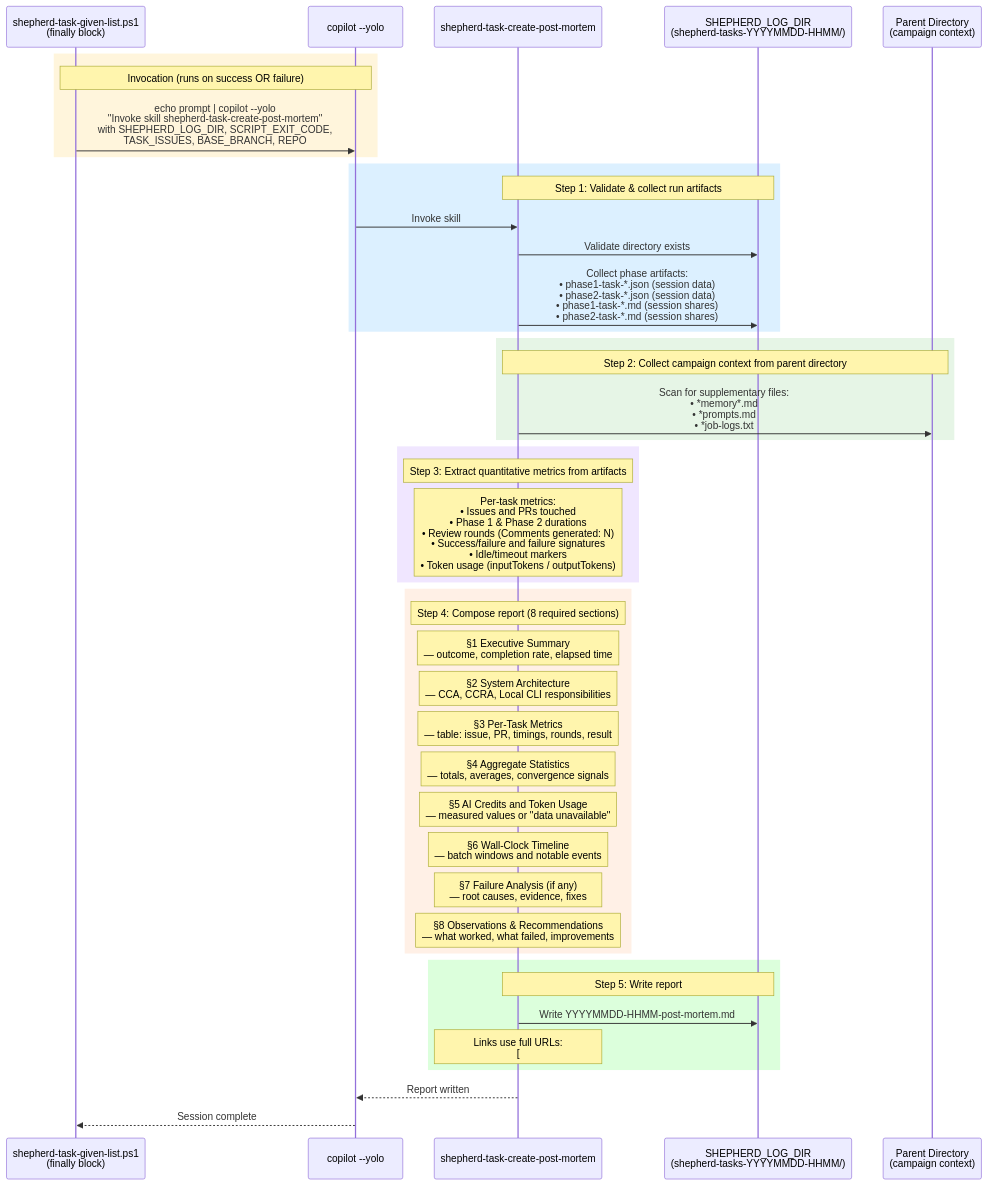
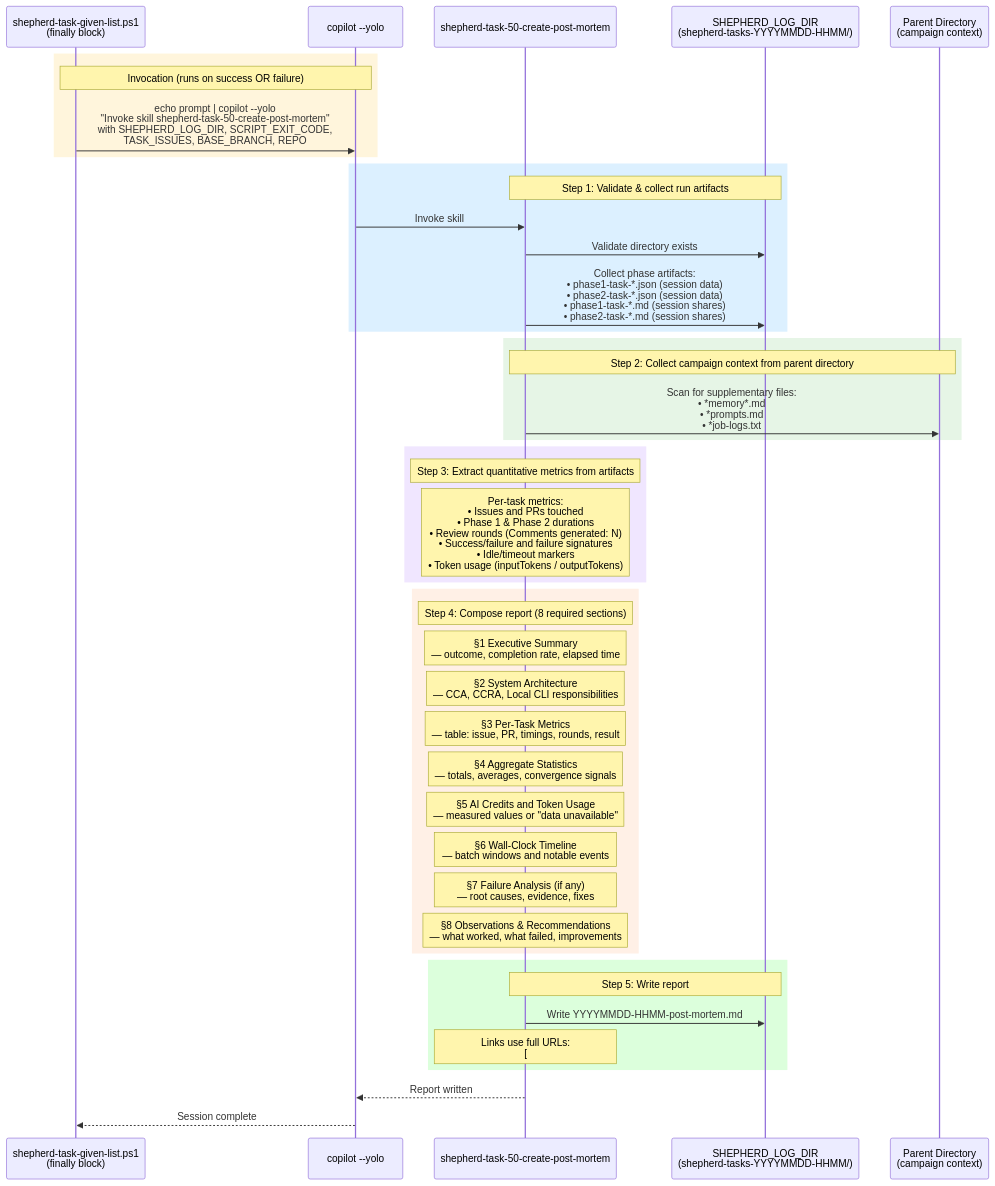
The diagram in plugins/shepherd-task/figure-05-post-mortem.md (github/awesome-copilot), drawn with Mermaid before and after one commit. The commit also changed other lines of this file and 30 other files, not shown here.

````diff
--- a/plugins/shepherd-task/figure-05-post-mortem.md
+++ b/plugins/shepherd-task/figure-05-post-mortem.md
@@ -7,51 +7,51 @@
 ```mermaid
 sequenceDiagram
     participant STGL as shepherd-task-given-list.ps1<br/>(finally block)
     participant Copilot as copilot --yolo
-    participant Skill as shepherd-task-create-post-mortem
+    participant Skill as shepherd-task-50-create-post-mortem
     participant LogDir as SHEPHERD_LOG_DIR<br/>(shepherd-tasks-YYYYMMDD-HHMM/)
     participant ParentDir as Parent Directory<br/>(campaign context)
 
     rect rgb(255, 245, 220)
         Note over STGL,Copilot: Invocation (runs on success OR failure)
-        STGL->>Copilot: echo prompt | copilot --yolo<br/>"Invoke skill shepherd-task-create-post-mortem"<br/>with SHEPHERD_LOG_DIR, SCRIPT_EXIT_CODE,<br/>TASK_ISSUES, BASE_BRANCH, REPO
+        STGL->>Copilot: echo prompt | copilot --yolo<br/>"Invoke skill shepherd-task-50-create-post-mortem"<br/>with SHEPHERD_LOG_DIR, SCRIPT_EXIT_CODE,<br/>TASK_ISSUES, BASE_BRANCH, REPO
     end
 
     rect rgb(220, 240, 255)
         Note over Skill,LogDir: Step 1: Validate & collect run artifacts
         Copilot->>Skill: Invoke skill
         Skill->>LogDir: Validate directory exists
         Skill->>LogDir: Collect phase artifacts:<br/>• phase1-task-*.json (session data)<br/>• phase2-task-*.json (session data)<br/>• phase1-task-*.md (session shares)<br/>• phase2-task-*.md (session shares)
     end
 
     rect rgb(230, 245, 230)
         Note over Skill,ParentDir: Step 2: Collect campaign context from parent directory
         Skill->>ParentDir: Scan for supplementary files:<br/>• *memory*.md<br/>• *prompts.md<br/>• *job-logs.txt
     end
 
     rect rgb(240, 230, 255)
         Note over Skill: Step 3: Extract quantitative metrics from artifacts
         Note over Skill: Per-task metrics:<br/>• Issues and PRs touched<br/>• Phase 1 & Phase 2 durations<br/>• Review rounds (Comments generated: N)<br/>• Success/failure and failure signatures<br/>• Idle/timeout markers<br/>• Token usage (inputTokens / outputTokens)
     end
 
     rect rgb(255, 240, 230)
         Note over Skill: Step 4: Compose report (8 required sections)
         Note over Skill: §1 Executive Summary<br/>  — outcome, completion rate, elapsed time
         Note over Skill: §2 System Architecture<br/>  — CCA, CCRA, Local CLI responsibilities
         Note over Skill: §3 Per-Task Metrics<br/>  — table: issue, PR, timings, rounds, result
         Note over Skill: §4 Aggregate Statistics<br/>  — totals, averages, convergence signals
         Note over Skill: §5 AI Credits and Token Usage<br/>  — measured values or "data unavailable"
         Note over Skill: §6 Wall-Clock Timeline<br/>  — batch windows and notable events
         Note over Skill: §7 Failure Analysis (if any)<br/>  — root causes, evidence, fixes
         Note over Skill: §8 Observations & Recommendations<br/>  — what worked, what failed, improvements
     end
 
     rect rgb(220, 255, 220)
         Note over Skill,LogDir: Step 5: Write report
         Skill->>LogDir: Write YYYYMMDD-HHMM-post-mortem.md
         Note over Skill: Links use full URLs:<br/>[#123](https://github.com/REPO/issues/123)<br/>[#456](https://github.com/REPO/pull/456)
     end
 
     Skill-->>Copilot: Report written
     Copilot-->>STGL: Session complete
 ```
````
